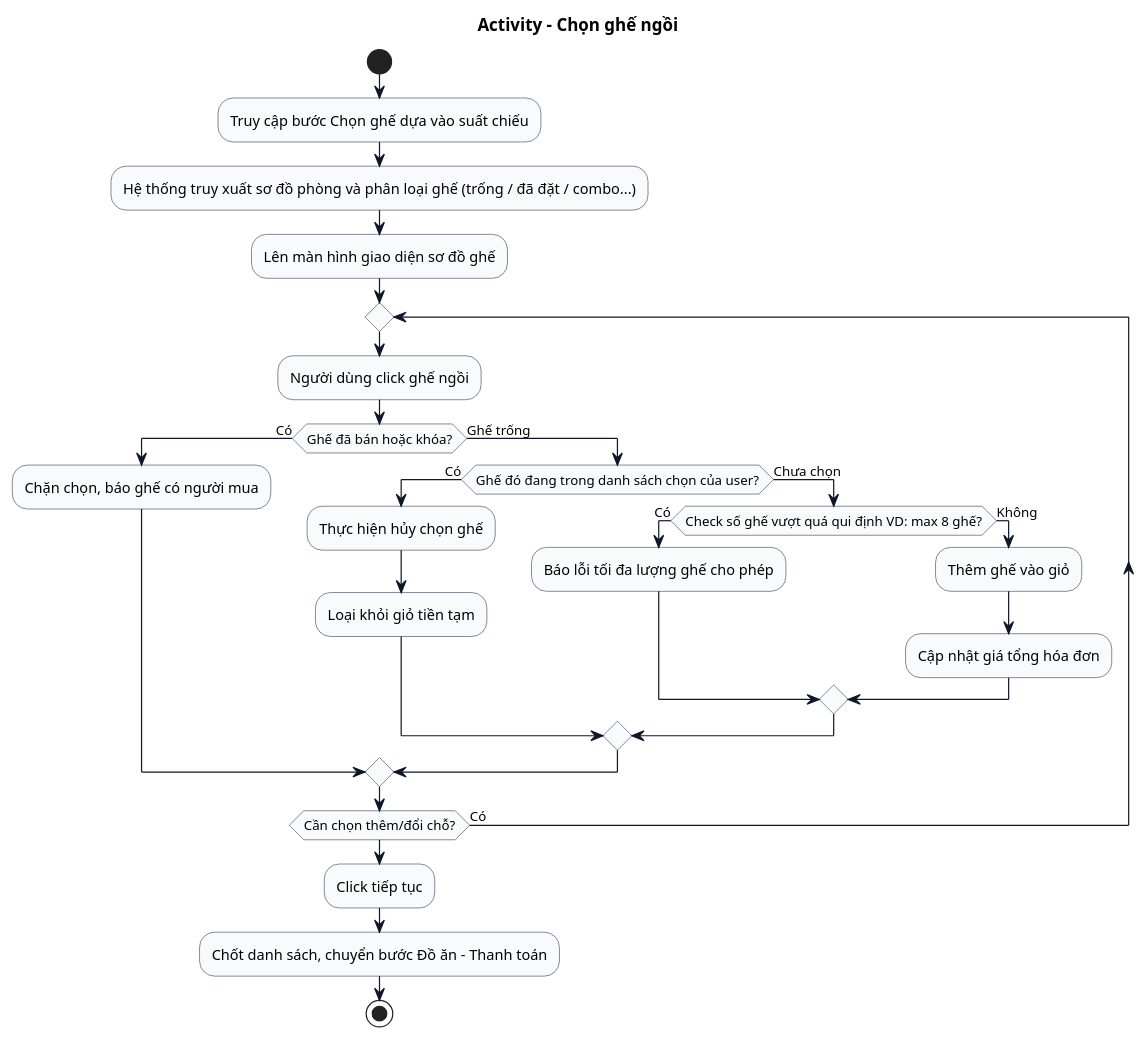
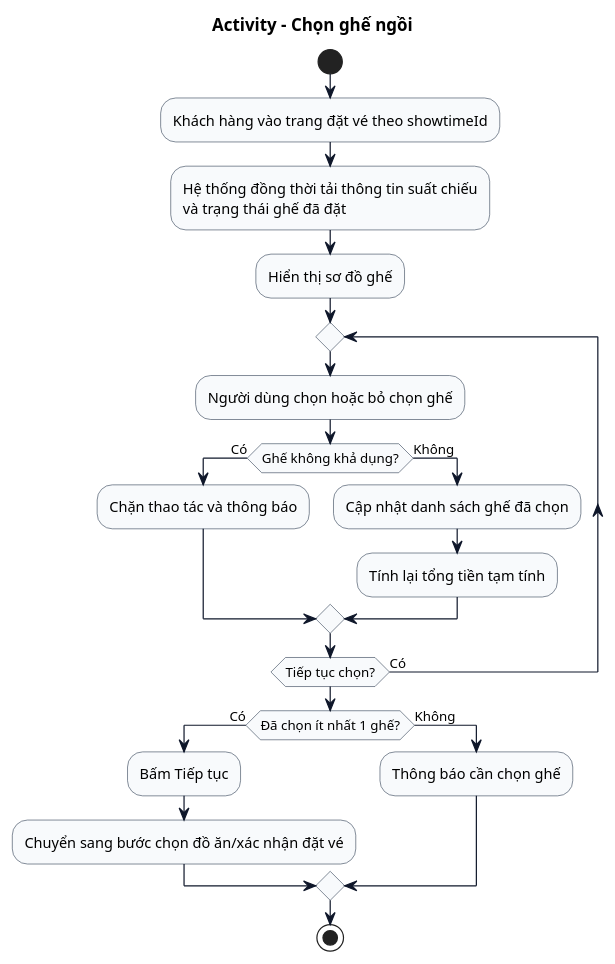
The diagram in uml/activity/activity-select-seat.puml (minhat5/MeCinema), drawn with PlantUML before and after one commit. The commit also changed other lines of this file and 25 other files, not shown here.

Commit message:
add full uml

```diff
--- a/uml/activity/activity-select-seat.puml
+++ b/uml/activity/activity-select-seat.puml
@@ -1,37 +1,33 @@
 @startuml
 skinparam shadowing false
 skinparam activity {
   BackgroundColor #F8FAFC
   BorderColor #334155
   ArrowColor #0F172A
 }
 
 title Activity - Chọn ghế ngồi
 
 start
-:Truy cập bước Chọn ghế dựa vào suất chiếu;
-:Hệ thống truy xuất sơ đồ phòng và phân loại ghế (trống / đã đặt / combo...);
-:Lên màn hình giao diện sơ đồ ghế;
+:Khách hàng vào trang đặt vé theo showtimeId;
+:Hệ thống đồng thời tải thông tin suất chiếu
+và trạng thái ghế đã đặt;
+:Hiển thị sơ đồ ghế;
 repeat
-  :Người dùng click ghế ngồi;
-  if (Ghế đã bán hoặc khóa?) then (Có)
-    :Chặn chọn, báo ghế có người mua;
-  else (Ghế trống)
-    if (Ghế đó đang trong danh sách chọn của user?) then (Có)
-      :Thực hiện hủy chọn ghế;
-      :Loại khỏi giỏ tiền tạm;
-    else (Chưa chọn)
-      if (Check số ghế vượt quá qui định VD: max 8 ghế?) then (Có)
-        :Báo lỗi tối đa lượng ghế cho phép;
-      else (Không)
-        :Thêm ghế vào giỏ;
-        :Cập nhật giá tổng hóa đơn;
-      endif
-    endif
+  :Người dùng chọn hoặc bỏ chọn ghế;
+  if (Ghế không khả dụng?) then (Có)
+    :Chặn thao tác và thông báo;
+  else (Không)
+    :Cập nhật danh sách ghế đã chọn;
+    :Tính lại tổng tiền tạm tính;
   endif
-repeat while (Cần chọn thêm/đổi chỗ?) is (Có)
+repeat while (Tiếp tục chọn?) is (Có)
 
-:Click tiếp tục;
-:Chốt danh sách, chuyển bước Đồ ăn - Thanh toán;
+if (Đã chọn ít nhất 1 ghế?) then (Có)
+  :Bấm Tiếp tục;
+  :Chuyển sang bước chọn đồ ăn/xác nhận đặt vé;
+else (Không)
+  :Thông báo cần chọn ghế;
+endif
 stop
 @enduml
```
